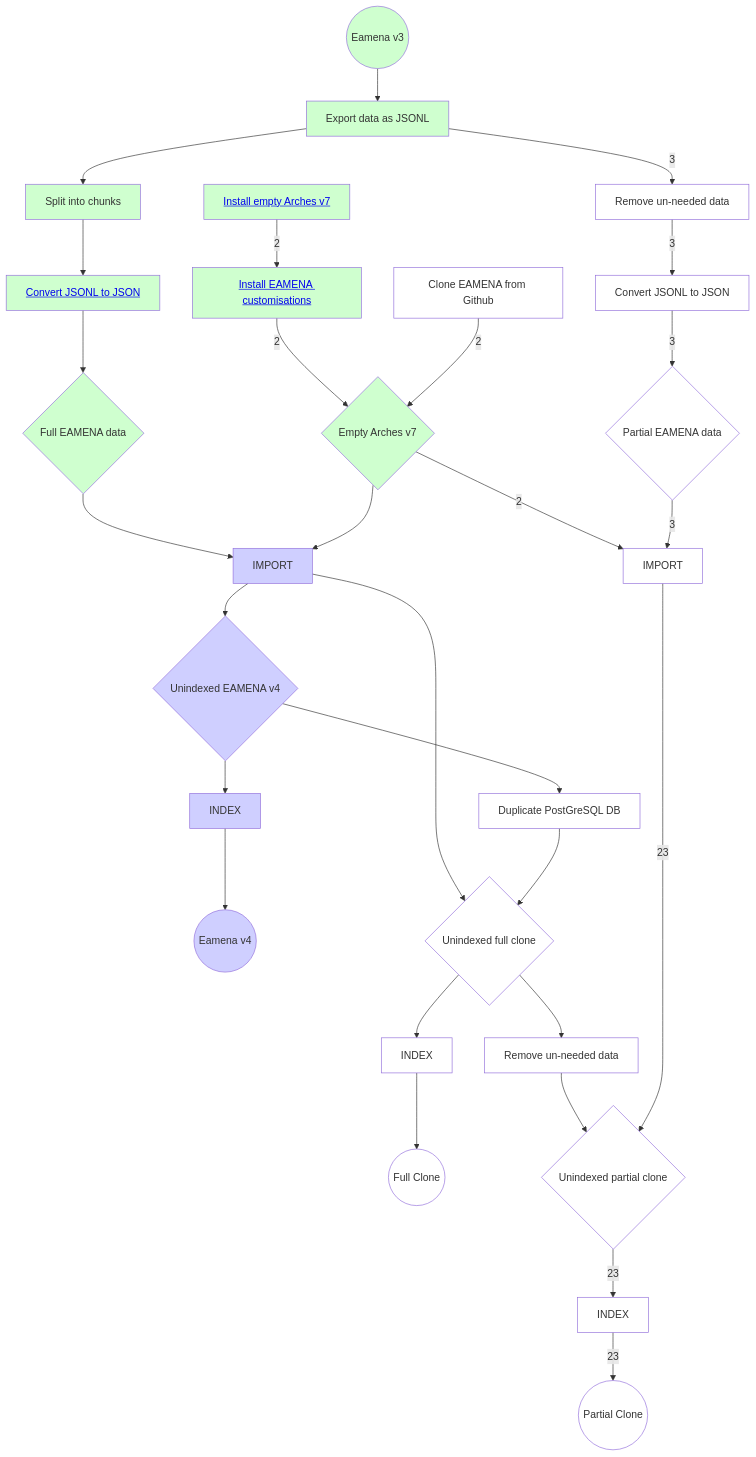
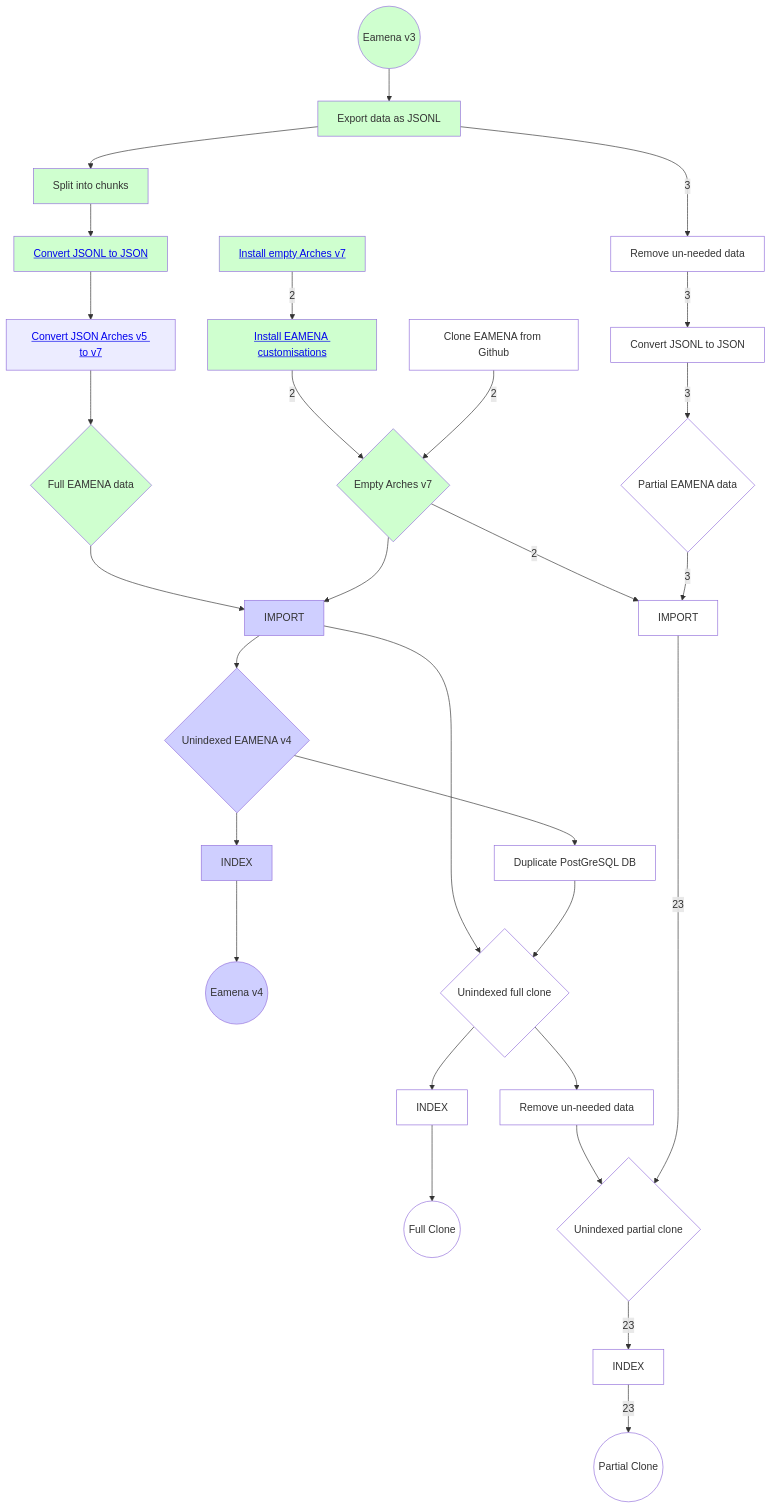
Before and after one commit to eamena-project/eamena-arches-dev: the first of 2 diagrams in dbs/database.eamena/install/README.md, drawn with Mermaid. The commit also changed other lines of this file, not shown here.

Commit message:
db install

````diff
--- a/dbs/database.eamena/install/README.md
+++ b/dbs/database.eamena/install/README.md
@@ -52,55 +53,56 @@
 ```mermaid
 flowchart
 	id1((Eamena v3))-->id2[Export data as JSONL]
 	id2-->id3[Split into chunks]
 	id3-->id4[ <a href='https://github.com/eamena-project/eamena-arches-dev/tree/main/dbs/database.eamena/install#convert-jsonl-to-json'>Convert JSONL to JSON </a> ]
-	id4-->id5{Full EAMENA data}
+	id4-->id41[ <a href='https://github.com/eamena-project/eamena-arches-dev/tree/main/dbs/database.eamena/install#convert-json'>Convert JSON Arches v5 to v7</a> ]
+	id41-->id5{Full EAMENA data}
 	id5-->id6[IMPORT]
 	id7[ <a href='https://github.com/eamena-project/eamena-arches-dev/tree/main/dbs/database.eamena/install#install-empty-arches-v7'> Install empty Arches v7 </a>] --2--> id25[ <a href='https://github.com/eamena-project/eamena-arches-dev/tree/main/dbs/database.eamena/install#install-eamena-customisations'>Install EAMENA customisations</a> ]
 	id25 --2--> id8{Empty Arches v7}
 	id9[Clone EAMENA from Github] --2--> id8
 	id8-->id6
 	id6-->id10{Unindexed EAMENA v4}
 	id10-->id11[Duplicate PostGreSQL DB]
 	id10-->id12[INDEX]
 	id12-->id13((Eamena v4))
 	id2 --3--> id14[Remove un-needed data]
 	id6-->id15{Unindexed full clone}
 	id11-->id15
 	id15-->id16[INDEX]
 	id16-->id17((Full Clone))
 	id18{Unindexed partial clone} --23--> id19[INDEX]
 	id19 --23--> id20((Partial Clone))
 	id14 --3--> id21[Convert JSONL to JSON]
 	id21 --3--> id22{Partial EAMENA data}
 	id15-->id23[Remove un-needed data]
 	id8 --2--> id24[IMPORT]
 	id22 --3--> id24
 	id23-->id18
 	id24 --23--> id18
 	style id1 fill:#CFFFCF
 	style id2 fill:#CFFFCF
 	style id3 fill:#CFFFCF
 	style id4 fill:#CFFFCF
 	style id5 fill:#CFFFCF
 	style id6 fill:#CFCFFF
 	style id7 fill:#CFFFCF
 	style id8 fill:#CFFFCF
 	style id9 fill:#FFFFFF
 	style id10 fill:#CFCFFF
 	style id11 fill:#FFFFFF
 	style id12 fill:#CFCFFF
 	style id13 fill:#CFCFFF
 	style id14 fill:#FFFFFF
 	style id15 fill:#FFFFFF
 	style id16 fill:#FFFFFF
 	style id17 fill:#FFFFFF
 	style id18 fill:#FFFFFF
 	style id19 fill:#FFFFFF
 	style id20 fill:#FFFFFF
 	style id21 fill:#FFFFFF
 	style id22 fill:#FFFFFF
 	style id23 fill:#FFFFFF
 	style id24 fill:#FFFFFF
 	style id25 fill:#CFFFCF
 ```
````
